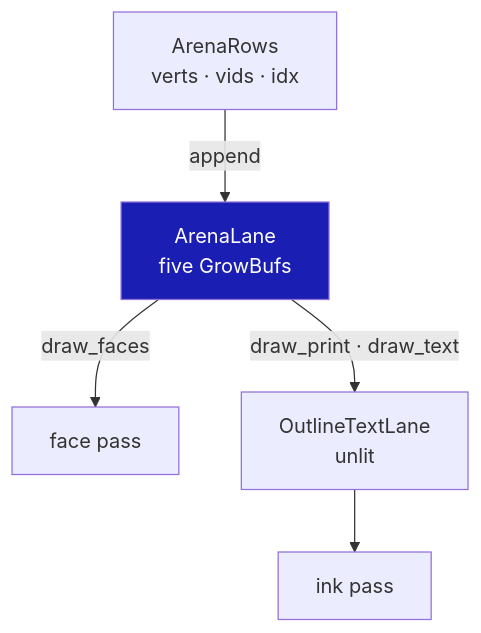
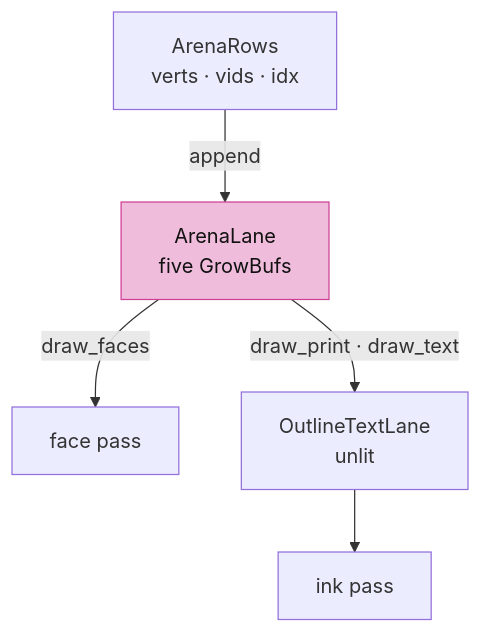
The tenth of 12 diagrams in session_viewer/docs/04a-meshes.md (petrasvestartas/session), drawn with Mermaid before and after one commit. The commit also changed other lines of this file and 23 other files, not shown here.

Commit message:
Course: Mermaid nodes white with black text, highlighted nodes pink, white arrows and edge labels on the black ground

````diff
--- a/session_viewer/docs/04a-meshes.md
+++ b/session_viewer/docs/04a-meshes.md
@@ -248,8 +248,8 @@
 ```mermaid
 flowchart TB
     AR["ArenaRows<br/>verts · vids · idx"] -- "append" --> AL["ArenaLane<br/>five GrowBufs"]
     AL -- "draw_faces" --> FP["face pass"]
     AL -- "draw_print · draw_text" --> OL["OutlineTextLane<br/>unlit"]
     OL --> IP["ink pass"]
-    style AL fill:#1a1eb2,color:#fff
+    style AL fill:#f0bcdb,stroke:#ce4095,color:#111
 ```
````
